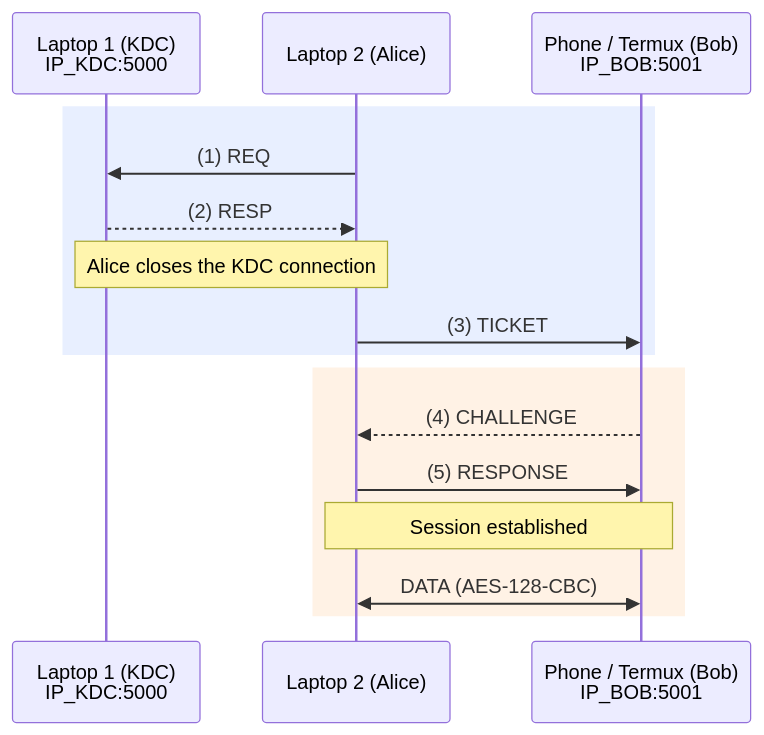
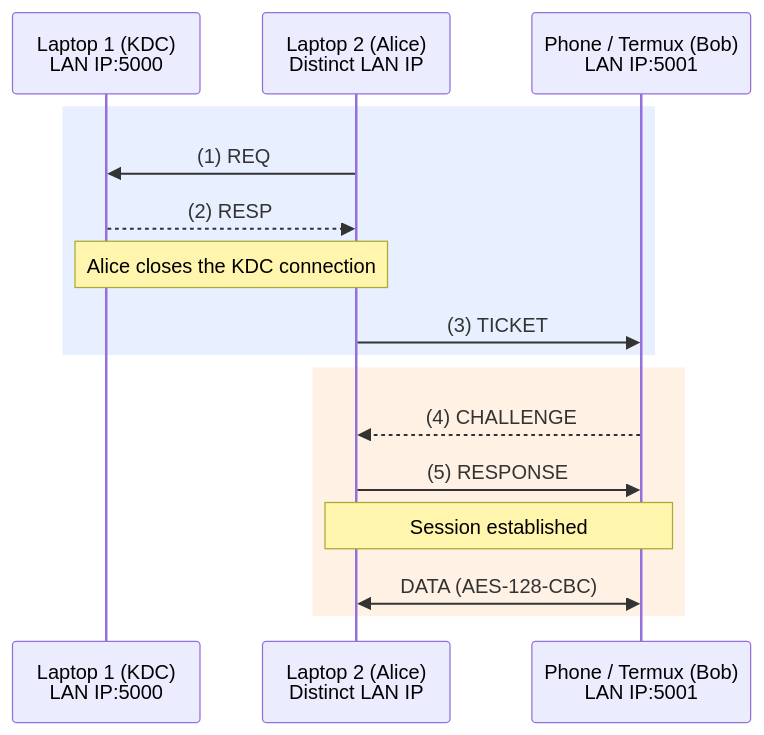
The diagram in semester-05/information-security/assignments/02-kdc-aes-manual/docs/architecture.md (betasygma/academic-archive), drawn with Mermaid before and after one commit. The commit also changed other lines of this file and 3 other files, not shown here.

````diff
--- a/semester-05/information-security/assignments/02-kdc-aes-manual/docs/architecture.md
+++ b/semester-05/information-security/assignments/02-kdc-aes-manual/docs/architecture.md
@@ -26,20 +26,20 @@
 ```mermaid
 sequenceDiagram
-    participant KDC as Laptop 1 (KDC)<br/>IP_KDC:5000
-    participant Alice as Laptop 2 (Alice)
-    participant Bob as Phone / Termux (Bob)<br/>IP_BOB:5001
+    participant KDC as Laptop 1 (KDC)<br/>LAN IP:5000
+    participant Alice as Laptop 2 (Alice)<br/>Distinct LAN IP
+    participant Bob as Phone / Termux (Bob)<br/>LAN IP:5001
 
     rect rgba(100, 150, 255, 0.15)
         Alice->>KDC: (1) REQ
         KDC-->>Alice: (2) RESP
         Note over Alice,KDC: Alice closes the KDC connection
         Alice->>Bob: (3) TICKET
     end
 
     rect rgba(255, 170, 80, 0.15)
         Bob-->>Alice: (4) CHALLENGE
         Alice->>Bob: (5) RESPONSE
         Note over Alice,Bob: Session established
         Alice<<->>Bob: DATA (AES-128-CBC)
     end
 ```
````
